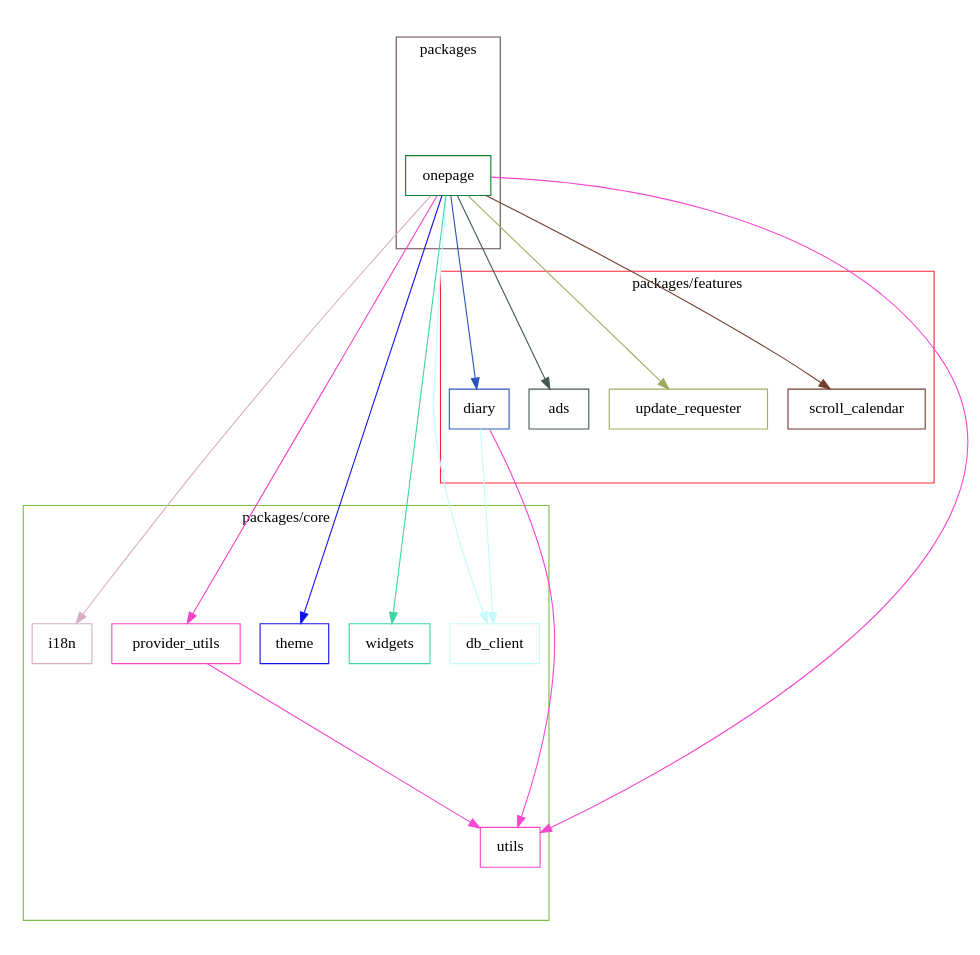
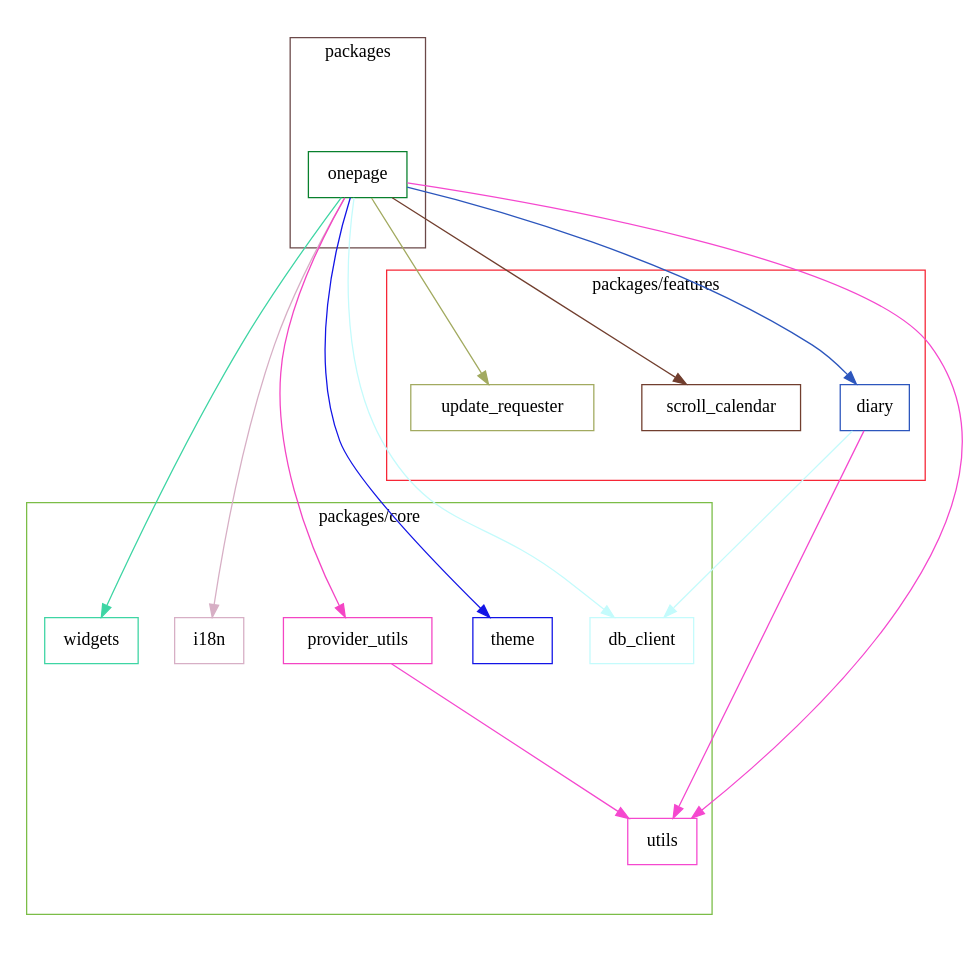
One commit to naipaka/onepage changed the diagram in docs/dependency_graph.dot. Above: the diagram before and after it, drawn with Graphviz. The commit also changed 1 other file, not shown here.

Commit message:
Update Dependency Graph and SVG image (#22)

```diff
--- a/docs/dependency_graph.dot
+++ b/docs/dependency_graph.dot
@@ -1,50 +1,47 @@
 digraph packages {
   size="10"; ratio=fill;
-  ads [shape="box"; color="#465953"];
   db_client [shape="box"; color="#c4fbfc"];
   diary [shape="box"; color="#2c56bd"];
   i18n [shape="box"; color="#d7afc5"];
   onepage [shape="box"; color="#08802d"];
   provider_utils [shape="box"; color="#f445c4"];
   scroll_calendar [shape="box"; color="#713e2e"];
   theme [shape="box"; color="#1214e6"];
   update_requester [shape="box"; color="#a2aa60"];
   utils [shape="box"; color="#f548cf"];
   widgets [shape="box"; color="#3ed5a4"];
   diary -> db_client [style="filled"; color="#c4fbfc"];
   diary -> utils [style="filled"; color="#f548cf"];
-  onepage -> ads [style="filled"; color="#465953"];
   onepage -> db_client [style="filled"; color="#c4fbfc"];
   onepage -> diary [style="filled"; color="#2c56bd"];
   onepage -> i18n [style="filled"; color="#d7afc5"];
   onepage -> provider_utils [style="filled"; color="#f445c4"];
   onepage -> scroll_calendar [style="filled"; color="#713e2e"];
   onepage -> theme [style="filled"; color="#1214e6"];
   onepage -> update_requester [style="filled"; color="#a2aa60"];
   onepage -> utils [style="filled"; color="#f548cf"];
   onepage -> widgets [style="filled"; color="#3ed5a4"];
   provider_utils -> utils [style="filled"; color="#f548cf"];
-  subgraph "cluster packages/features" {
-    label="packages/features";
-    color="#f62736";
-    ads;
-    diary;
-    scroll_calendar;
-    update_requester;
-  }
   subgraph "cluster packages/core" {
     label="packages/core";
     color="#7bbd47";
     db_client;
     i18n;
     provider_utils;
     theme;
     utils;
     widgets;
   }
+  subgraph "cluster packages/features" {
+    label="packages/features";
+    color="#f62736";
+    diary;
+    scroll_calendar;
+    update_requester;
+  }
   subgraph "cluster packages" {
     label="packages";
     color="#6b4949";
     onepage;
   }
 }
```
